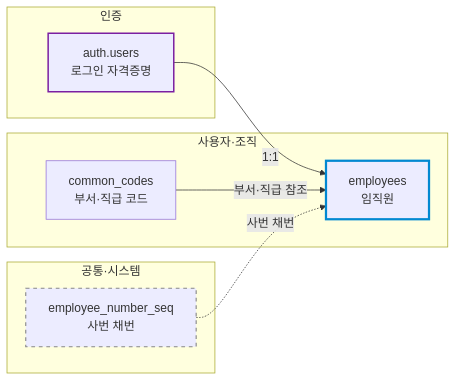
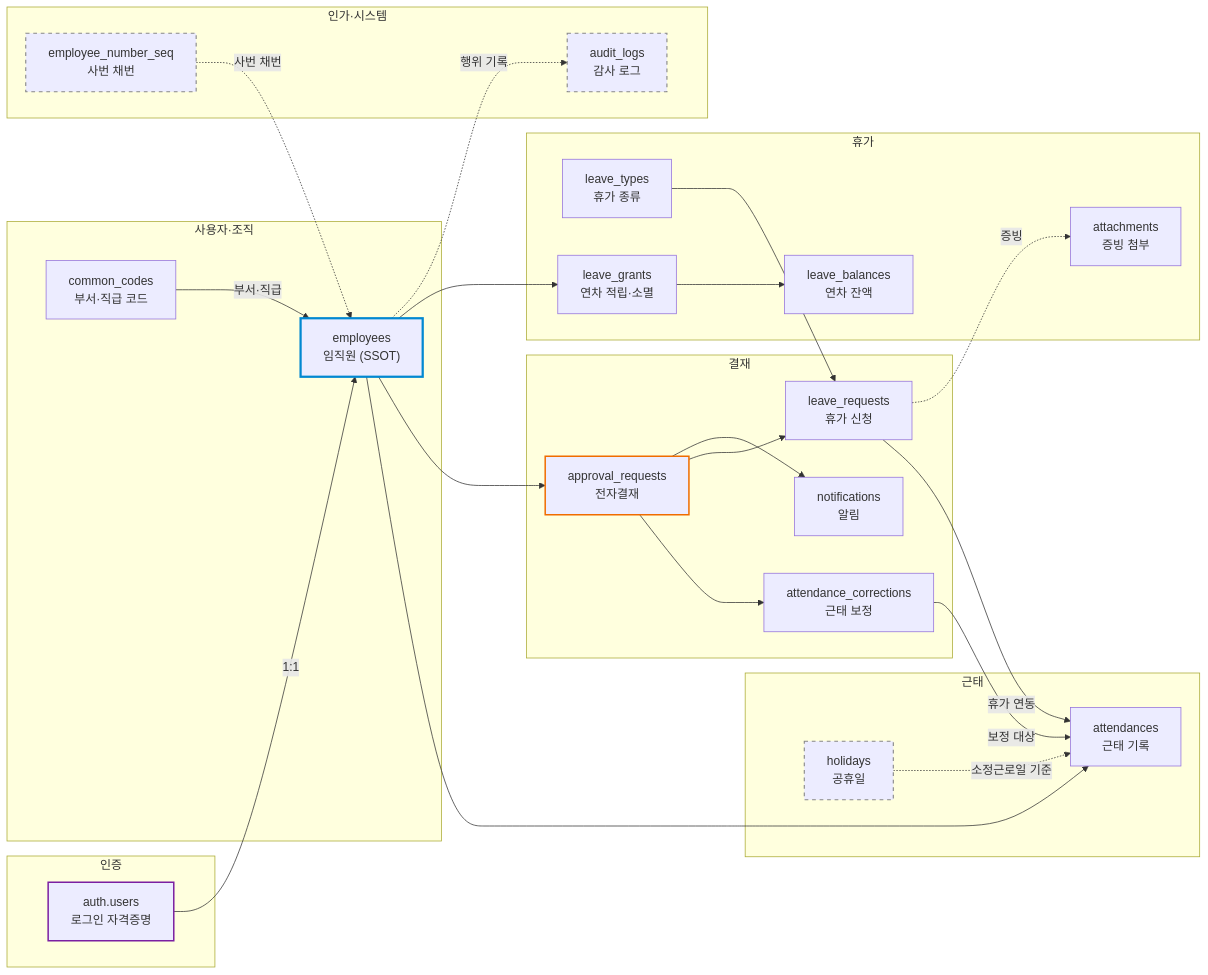
Before and after one commit to nskfn02/Jaepil_ERP: the first of 8 diagrams in docs/erd.md, drawn with Mermaid. The commit also changed other lines of this file, not shown here.

Commit message:
docs: database.md 기반 erd.md 완성

````diff
--- a/docs/erd.md
+++ b/docs/erd.md
@@ -15,21 +16,54 @@
 ```mermaid
 flowchart LR
     subgraph AUTH["인증"]
         AU["auth.users<br/>로그인 자격증명"]
     end
     subgraph ORG["사용자·조직"]
         CC["common_codes<br/>부서·직급 코드"]
-        EMP["employees<br/>임직원"]
+        EMP["employees<br/>임직원 (SSOT)"]
     end
-    subgraph SYS["공통·시스템"]
+    subgraph ATTSG["근태"]
+        ATTD["attendances<br/>근태 기록"]
+        HOL["holidays<br/>공휴일"]
+    end
+    subgraph APPRSG["결재"]
+        AR["approval_requests<br/>전자결재"]
+        AC["attendance_corrections<br/>근태 보정"]
+        LR["leave_requests<br/>휴가 신청"]
+        NOTI["notifications<br/>알림"]
+    end
+    subgraph LEAVESG["휴가"]
+        LT["leave_types<br/>휴가 종류"]
+        LG["leave_grants<br/>연차 적립·소멸"]
+        LB["leave_balances<br/>연차 잔액"]
+        ATCH["attachments<br/>증빙 첨부"]
+    end
+    subgraph SYS["인가·시스템"]
         ENS["employee_number_seq<br/>사번 채번"]
+        AUD["audit_logs<br/>감사 로그"]
     end
 
     AU -->|"1:1"| EMP
-    CC -->|"부서·직급 참조"| EMP
+    CC -->|"부서·직급"| EMP
     ENS -.->|"사번 채번"| EMP
+    EMP --> ATTD
+    HOL -.->|"소정근로일 기준"| ATTD
+    EMP --> AR
+    AR --> AC
+    AR --> LR
+    AC -->|"보정 대상"| ATTD
+    LR -->|"휴가 연동"| ATTD
+    LT --> LR
+    LR -.->|"증빙"| ATCH
+    EMP --> LG
+    LG --> LB
+    AR --> NOTI
+    EMP -.->|"행위 기록"| AUD
 
     style EMP stroke:#0288d1,stroke-width:3px
     style AU stroke:#7b1fa2,stroke-width:2px
+    style AR stroke:#ef6c00,stroke-width:2px
     style ENS stroke:#888,stroke-width:1.5px,stroke-dasharray: 5 5
+    style HOL stroke:#888,stroke-width:1.5px,stroke-dasharray: 5 5
+    style AUD stroke:#888,stroke-width:1.5px,stroke-dasharray: 5 5
 ```
````
